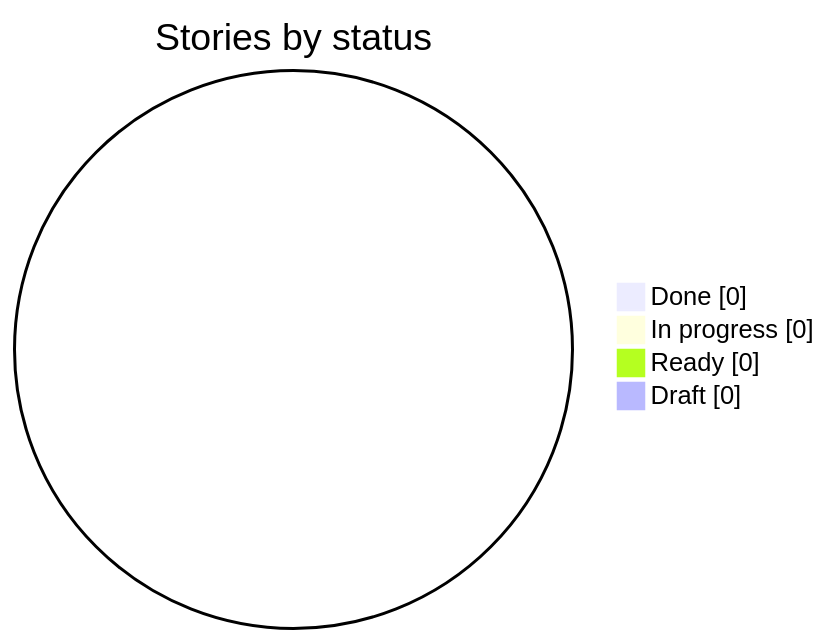
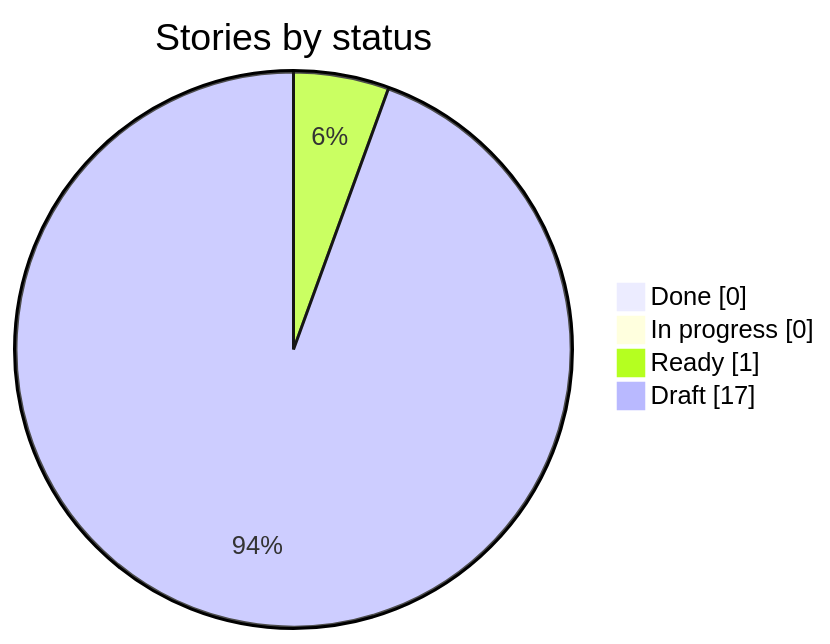
One commit to HebaGaber/oracle-property-intelligence-platform-pipeline-travis-tx changed the first of 2 diagrams in docs/progress.md. Above: the diagram before and after it, drawn with Mermaid. The commit also changed other lines of this file and 1 other file, not shown here.

````diff
--- a/docs/progress.md
+++ b/docs/progress.md
@@ -9,7 +9,7 @@
 ```mermaid
 pie showData title Stories by status
   "Done" : 0
   "In progress" : 0
-  "Ready" : 0
-  "Draft" : 0
+  "Ready" : 1
+  "Draft" : 17
 ```
````
